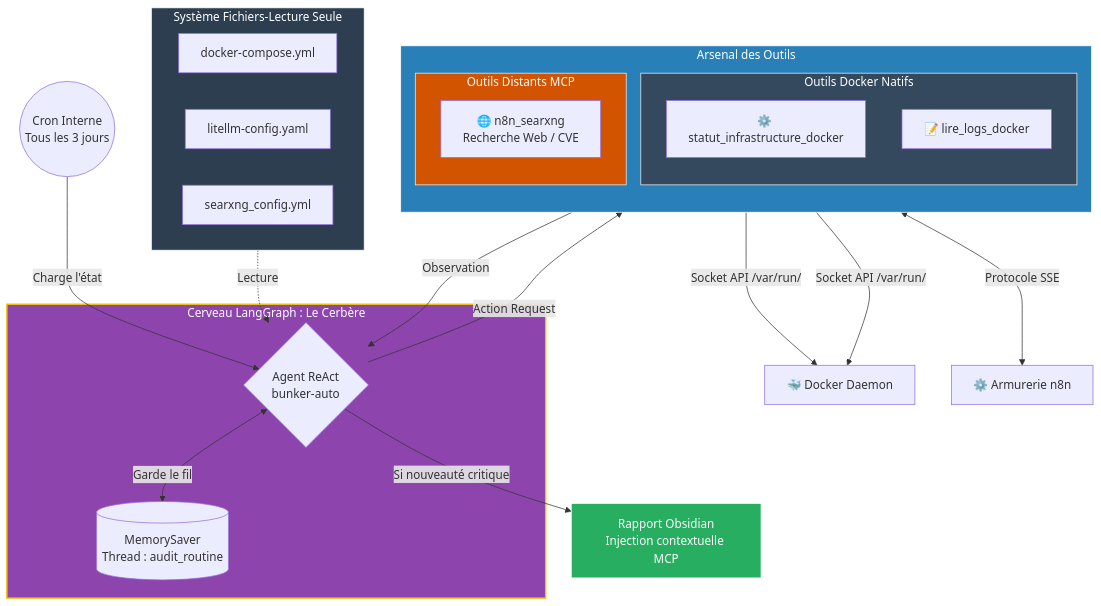
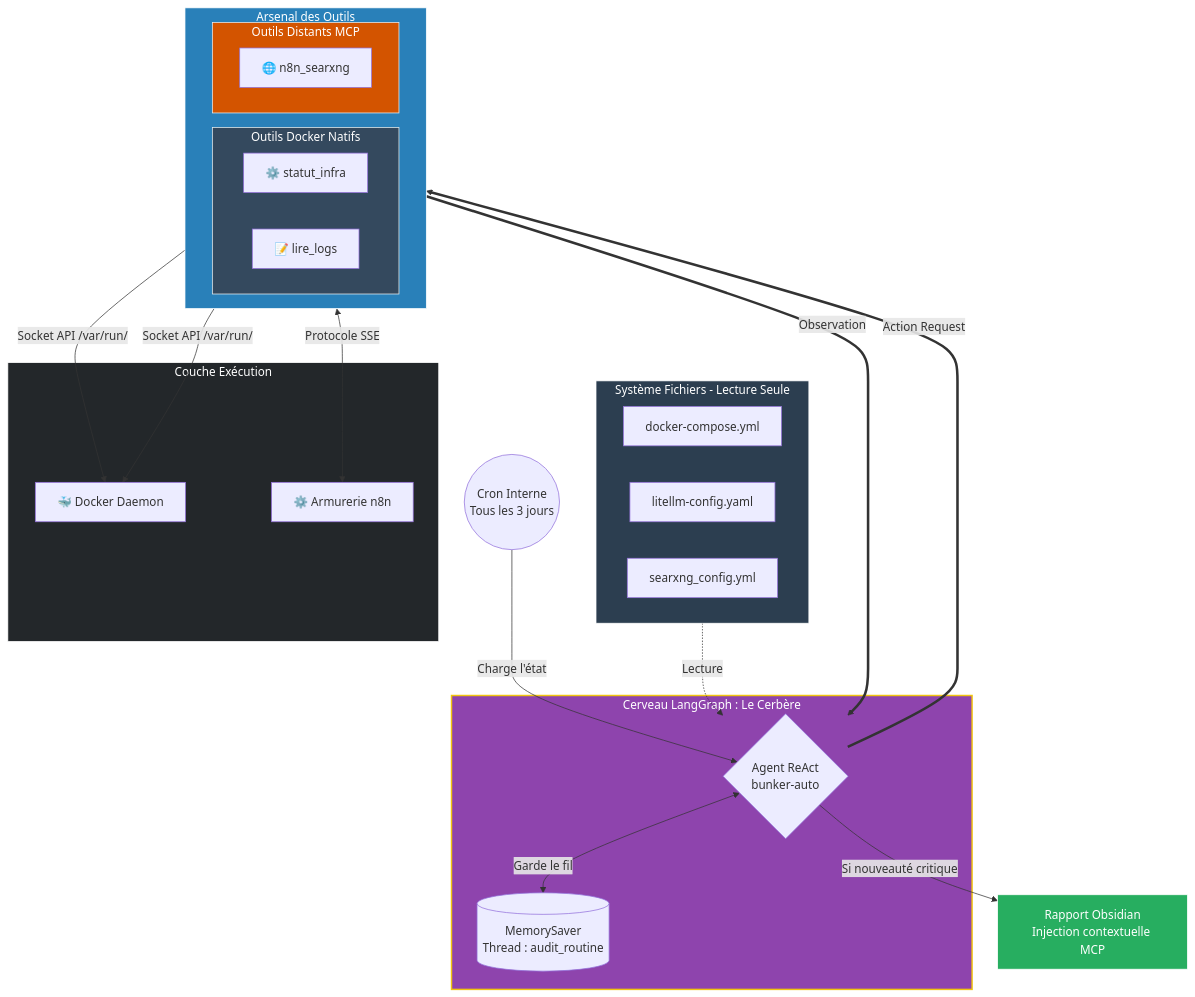
The second of 2 diagrams in README.md (ORIORIS-FR/ORIORIS-Blueprints), drawn with Mermaid before and after one commit.

Commit message:
Refactor mermaid diagram for clarity and structure
modif mermaid cerbère mieux centré

````diff
--- a/README.md
+++ b/README.md
@@ -56,43 +56,57 @@
 ```mermaid
 graph TD
-    %% --- Déclencheur & Contexte ---
-    subgraph Contexte [Système Fichiers-Lecture Seule]
+    %% --- Bloc Contexte (Recentré en haut) ---
+    subgraph Contexte [Système Fichiers - Lecture Seule]
         A1[docker-compose.yml]
         A2[litellm-config.yaml]
         A3[searxng_config.yml]
     end
-    Trigger((Cron Interne<br>Tous les 3 jours)) -->|Charge l'état| Core
-    %% --- Moteur LangGraph ---
+
+    %% --- Bloc Moteur LangGraph (Le Cœur Central) ---
     subgraph LangGraph [Cerveau LangGraph : Le Cerbère]
         Core{Agent ReAct<br>bunker-auto}
         Mem[(MemorySaver<br>Thread : audit_routine)]
         Core <-->|Garde le fil| Mem
     end
+
+    %% --- Liaison Déclencheur ---
+    Trigger((Cron Interne<br>Tous les 3 jours)) -->|Charge l'état| Core
     Contexte -.->|Lecture| Core
-    %% --- Arsenal d'Outils (Toolbox) ---
+
+    %% --- Arsenal d'Outils (Placé sous le cœur) ---
     subgraph Toolbox [Arsenal des Outils]
-        direction TB
+        direction LR
         subgraph Docker [Outils Docker Natifs]
-            T1[⚙️ statut_infrastructure_docker]
-            T2[📝 lire_logs_docker]
+            T1[⚙️ statut_infra]
+            T2[📝 lire_logs]
         end
         subgraph MCP [Outils Distants MCP]
-            T3[🌐 n8n_searxng<br>Recherche Web / CVE]
+            T3[🌐 n8n_searxng]
         end
     end
-    %% Boucle de Raisonnement
-    Core -->|Action Request| Toolbox
-    Toolbox -->|Observation| Core
-    %% --- Intégrations Physiques ---
-    T1 & T2 -->|Socket API /var/run/| D[🐳 Docker Daemon]
-    T3 <-->|Protocole SSE| N[⚙️ Armurerie n8n]
-    %% --- Sortie ---
+
+    %% --- Intégrations Physiques (Base du schéma) ---
+    subgraph Infrastructure [Couche Exécution]
+        D[🐳 Docker Daemon]
+        N[⚙️ Armurerie n8n]
+    end
+
+    %% --- Flux de communication ---
+    Core ===>|Action Request| Toolbox
+    Toolbox ===>|Observation| Core
+
+    T1 & T2 -->|Socket API /var/run/| D
+    T3 <-->|Protocole SSE| N
+
+    %% --- Sortie (À côté du cœur pour l'équilibre visuel) ---
     Core -->|Si nouveauté critique| Out[Rapport Obsidian<br>Injection contextuelle MCP]
+
     %% --- Styles ---
     style Contexte fill:#2c3e50,stroke:#fff,color:#fff
     style LangGraph fill:#8e44ad,stroke:#f1c40f,stroke-width:2px,color:#fff
     style Toolbox fill:#2980b9,stroke:#fff,color:#fff
     style Docker fill:#34495e,stroke:#ecf0f1,color:#fff
     style MCP fill:#d35400,stroke:#ecf0f1,color:#fff
+    style Infrastructure fill:#23272a,stroke:#fff,color:#fff
     style Out fill:#27ae60,stroke:#fff,color:#fff
 ```
````
